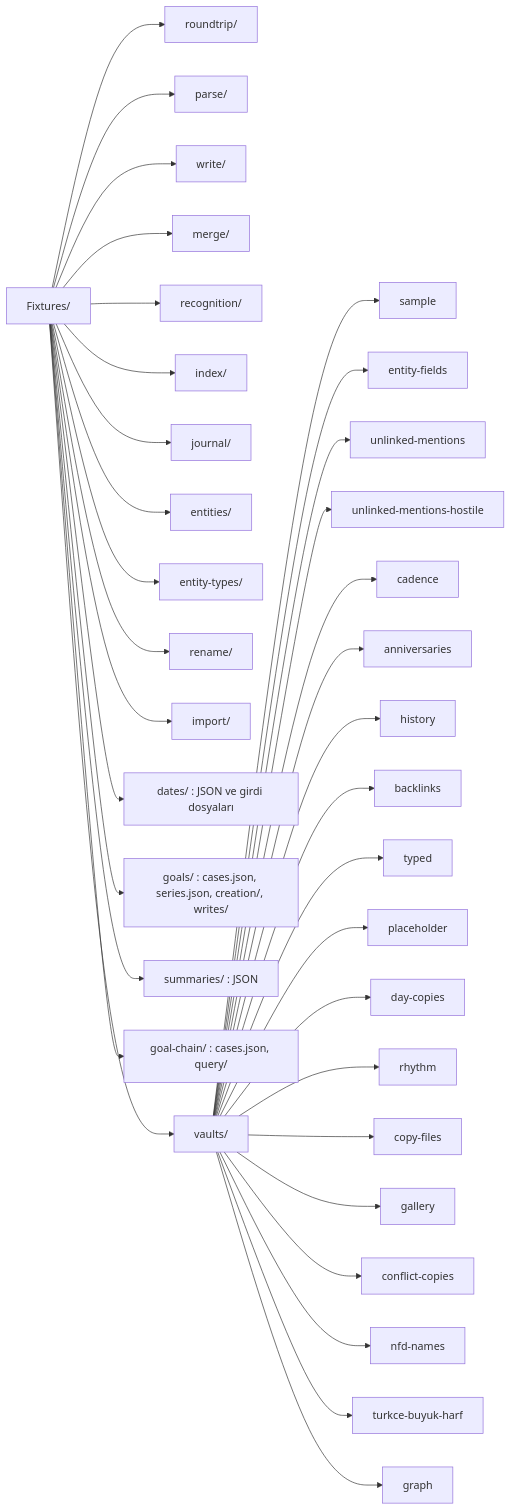
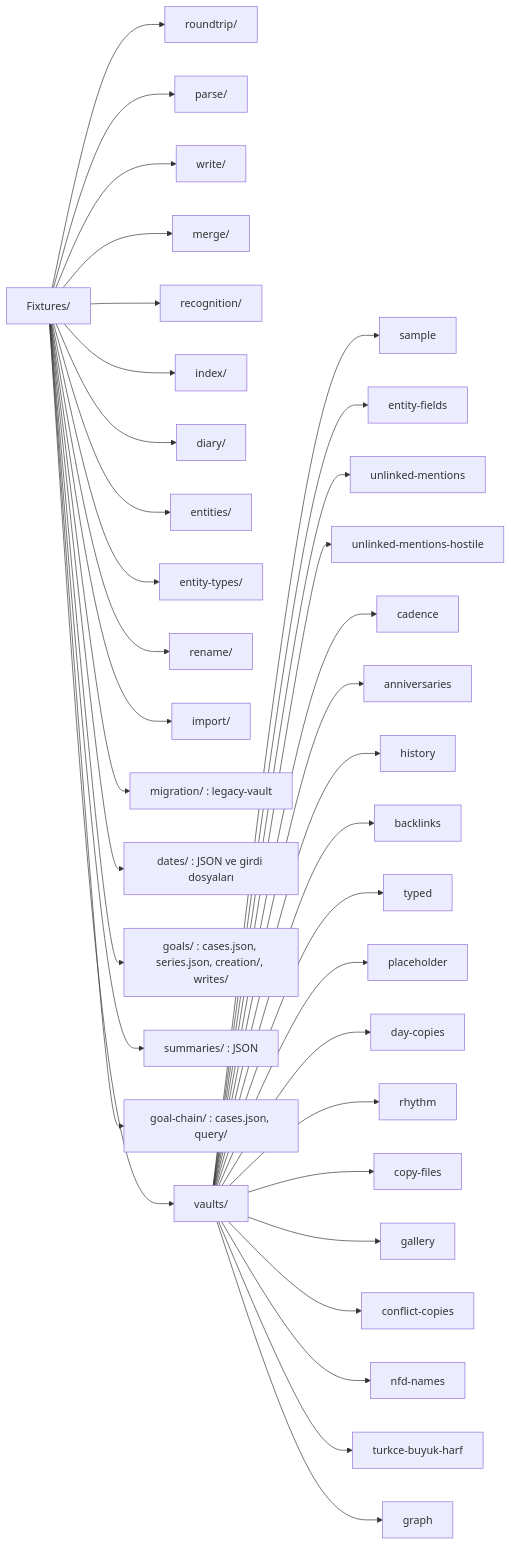
Before and after one commit to dogancanyildiz/kenet: the first of 11 diagrams in docs/fixtures.md, drawn with Mermaid. The commit also changed other lines of this file and 1289 other files, not shown here.

First line of the commit message:
chore: Journal adı kalkar; Günlük Diary, kasa diary/ (#400)

````diff
--- a/docs/fixtures.md
+++ b/docs/fixtures.md
@@ -15,38 +15,39 @@
 ```mermaid
 flowchart LR
   F["Fixtures/"]
   F --> RT["roundtrip/"]
   F --> PA["parse/"]
   F --> WR["write/"]
   F --> ME["merge/"]
   F --> RE["recognition/"]
   F --> IX["index/"]
-  F --> JO["journal/"]
+  F --> JO["diary/"]
   F --> EN["entities/"]
   F --> ET["entity-types/"]
   F --> RN["rename/"]
   F --> IM["import/"]
+  F --> MI["migration/ : legacy-vault"]
   F --> DA["dates/ : JSON ve girdi dosyaları"]
   F --> GO["goals/ : cases.json, series.json, creation/, writes/"]
   F --> SU["summaries/ : JSON"]
   F --> GC["goal-chain/ : cases.json, query/"]
   F --> VA["vaults/"]
   VA --> V1["sample"]
   VA --> V2["entity-fields"]
   VA --> V3["unlinked-mentions"]
   VA --> V4["unlinked-mentions-hostile"]
   VA --> V5["cadence"]
   VA --> V6["anniversaries"]
   VA --> V7["history"]
   VA --> V8["backlinks"]
   VA --> V9["typed"]
   VA --> V10["placeholder"]
   VA --> V11["day-copies"]
   VA --> V12["rhythm"]
   VA --> V13["copy-files"]
   VA --> V14["gallery"]
   VA --> V15["conflict-copies"]
   VA --> V16["nfd-names"]
   VA --> V17["turkce-buyuk-harf"]
   VA --> V18["graph"]
 ```
````
